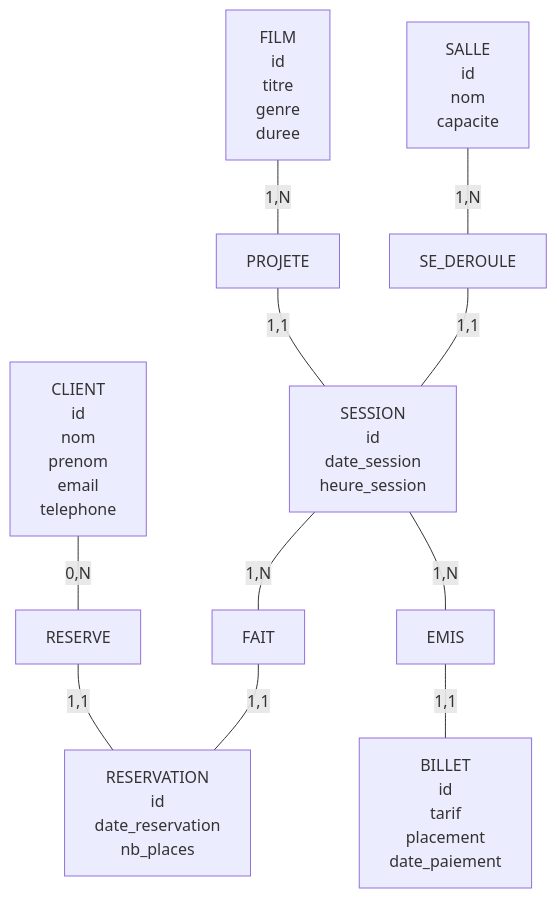
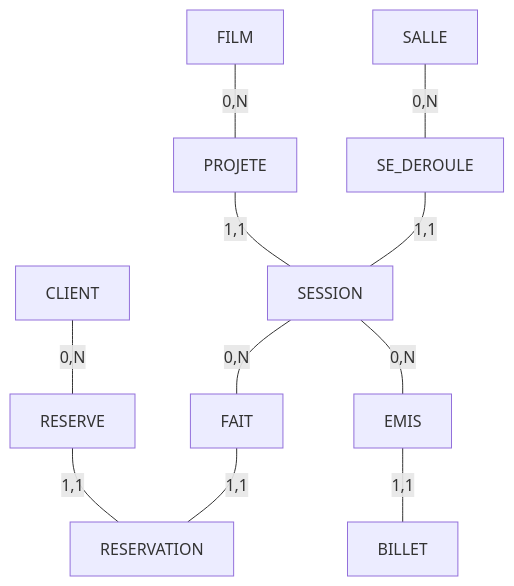
The diagram in solution/session_04_2.md (EFP-DEV/1-X75-LDB), drawn with Mermaid before and after one commit. The commit also changed other lines of this file, not shown here.

````diff
--- a/solution/session_04_2.md
+++ b/solution/session_04_2.md
@@ -144,58 +144,35 @@
 ```mermaid
-
 graph TD
-    FILM["FILM
-    id
-    titre
-    genre
-    duree"]
+    FILM["FILM"]
     
-    SALLE["SALLE
-    id
-    nom
-    capacite"]
+    SALLE["SALLE"]
     
-    SESSION["SESSION
-    id
-    date_session
-    heure_session"]
+    SESSION["SESSION"]
     
-    CLIENT["CLIENT
-    id
-    nom
-    prenom
-    email
-    telephone"]
+    CLIENT["CLIENT"]
     
-    RESERVATION["RESERVATION
-    id
-    date_reservation
-    nb_places"]
+    RESERVATION["RESERVATION"]
     
-    BILLET["BILLET
-    id
-    tarif
-    placement
-    date_paiement"]
+    BILLET["BILLET"]
     
     PROJETE["PROJETE"]
     SE_DEROULE["SE_DEROULE"]
     FAIT["FAIT"]
     RESERVE["RESERVE"]
     EMIS["EMIS"]
     
-    FILM --- |"1,N"| PROJETE
+    FILM --- |"0,N"| PROJETE
     PROJETE --- |"1,1"| SESSION
 
-    SALLE --- |"1,N"| SE_DEROULE
+    SALLE --- |"0,N"| SE_DEROULE
     SE_DEROULE --- |"1,1"| SESSION
 
     CLIENT --- |"0,N"| RESERVE
     RESERVE --- |"1,1"| RESERVATION
 
-    SESSION --- |"1,N"| FAIT
+    SESSION --- |"0,N"| FAIT
     FAIT --- |"1,1"| RESERVATION
 
-    SESSION --- |"1,N"| EMIS
+    SESSION --- |"0,N"| EMIS
     EMIS --- |"1,1"| BILLET
 ```
````
